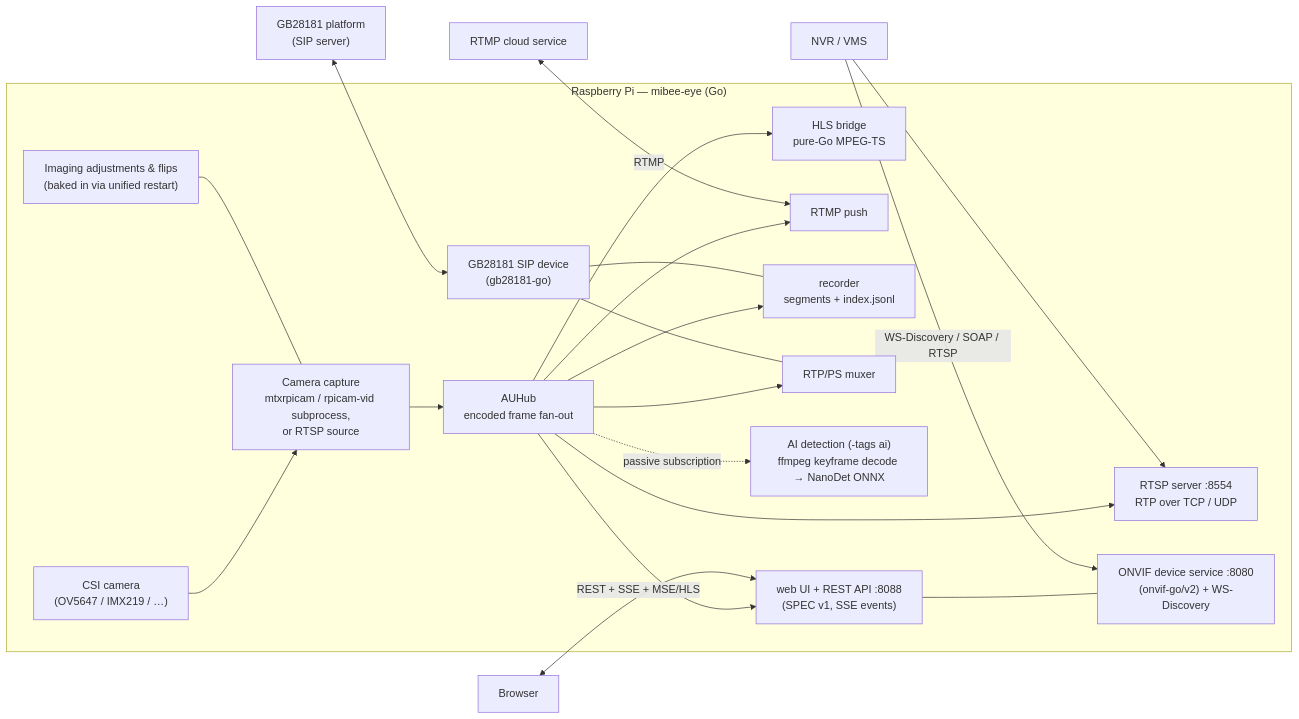
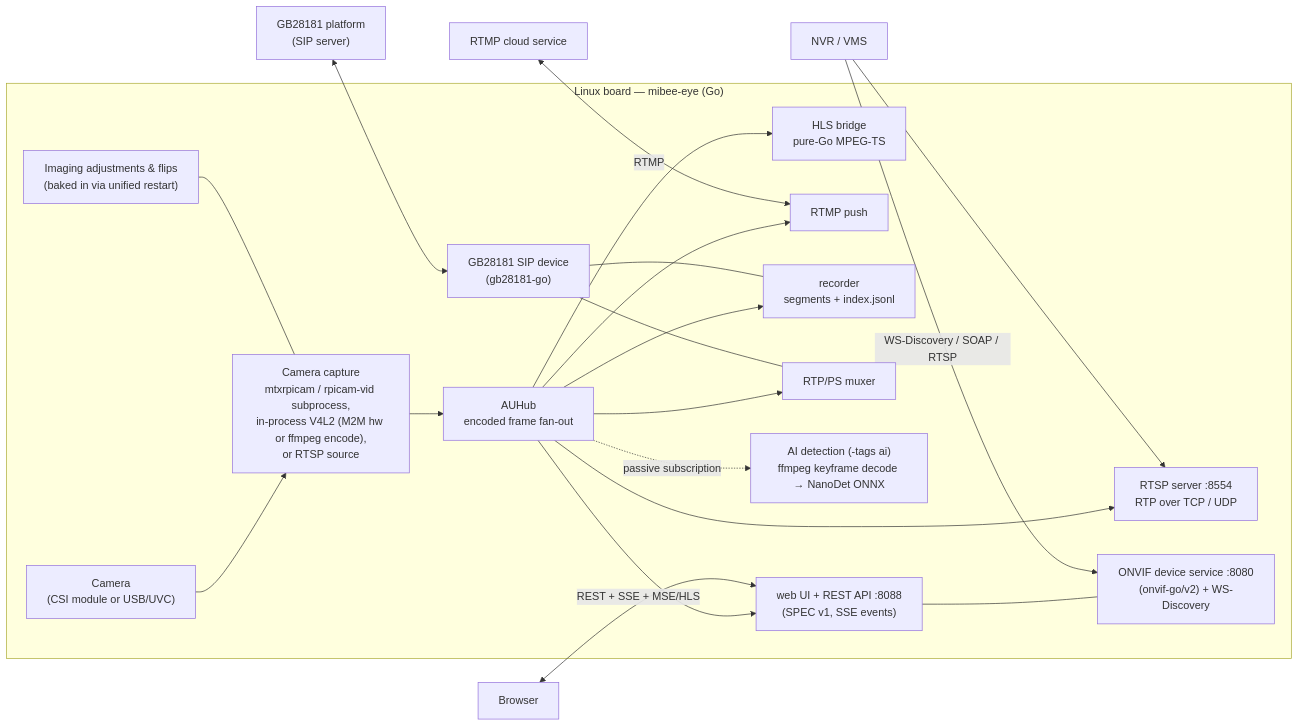
The first of 2 diagrams in README.md (xiqing85/mibee-eye-go), drawn with Mermaid before and after one commit. The commit also changed other lines of this file and 18 other files, not shown here.

````diff
--- a/README.md
+++ b/README.md
@@ -152,43 +166,43 @@
 ```mermaid
 flowchart LR
-    subgraph device["Raspberry Pi — mibee-eye (Go)"]
-        CAM["CSI camera<br/>(OV5647 / IMX219 / …)"]
-        CAP["Camera capture<br/>mtxrpicam / rpicam-vid subprocess,<br/>or RTSP source"]
+    subgraph device["Linux board — mibee-eye (Go)"]
+        CAM["Camera<br/>(CSI module or USB/UVC)"]
+        CAP["Camera capture<br/>mtxrpicam / rpicam-vid subprocess,<br/>in-process V4L2 (M2M hw or ffmpeg encode),<br/>or RTSP source"]
         IMG["Imaging adjustments & flips<br/>(baked in via unified restart)"]
         HUB["AUHub<br/>encoded frame fan-out"]
         RTSP["RTSP server :8554<br/>RTP over TCP / UDP"]
         HLS["HLS bridge<br/>pure-Go MPEG-TS"]
         RTMP["RTMP push"]
         REC["recorder<br/>segments + index.jsonl"]
         PS["RTP/PS muxer"]
         GB["GB28181 SIP device<br/>(gb28181-go)"]
         AI["AI detection (-tags ai)<br/>ffmpeg keyframe decode → NanoDet ONNX"]
         WEB["web UI + REST API :8088<br/>(SPEC v1, SSE events)"]
         ONVIF["ONVIF device service :8080<br/>(onvif-go/v2) + WS-Discovery"]
 
         CAM --> CAP
         IMG --- CAP
         CAP --> HUB
         HUB --> RTSP
         HUB --> HLS
         HUB --> RTMP
         HUB --> REC
         HUB --> PS
         HUB --> WEB
         HUB -. "passive subscription" .-> AI
         GB --- PS
         GB --- REC
         WEB --- ONVIF
     end
 
     NVR["NVR / VMS"]
     PLAT["GB28181 platform<br/>(SIP server)"]
     CLOUD["RTMP cloud service"]
     BROWSER["Browser"]
 
     NVR -- "WS-Discovery / SOAP / RTSP" --> ONVIF
     NVR --> RTSP
     PLAT <--> GB
     CLOUD <-- "RTMP" --> RTMP
     BROWSER <-- "REST + SSE + MSE/HLS" --> WEB
 ```
````
